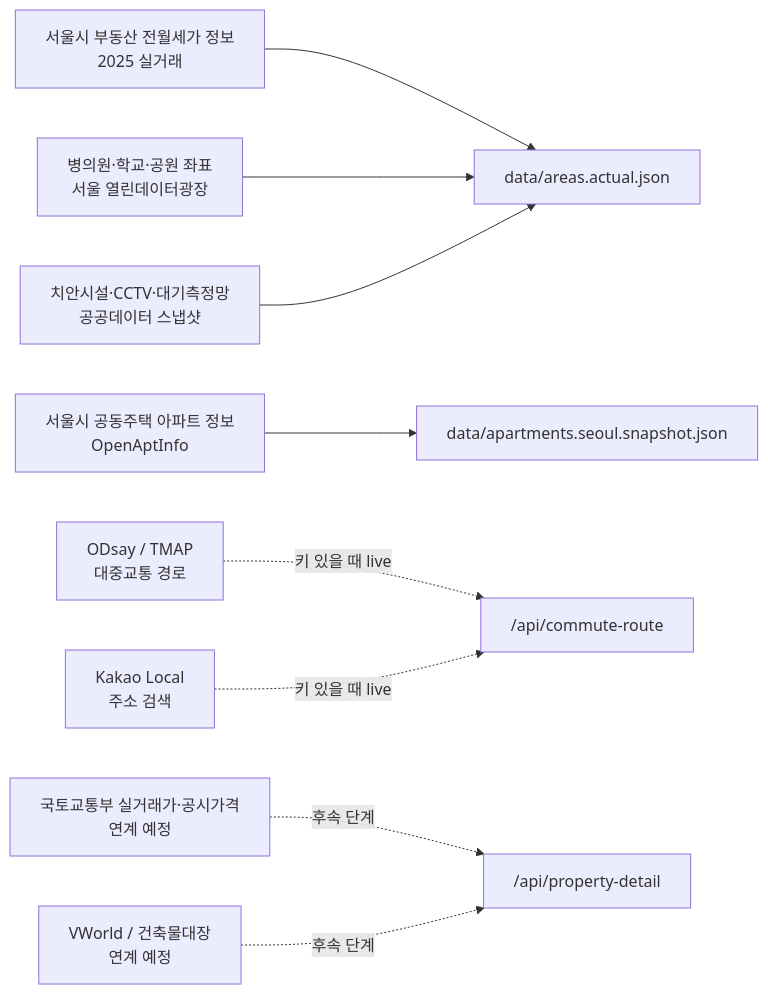
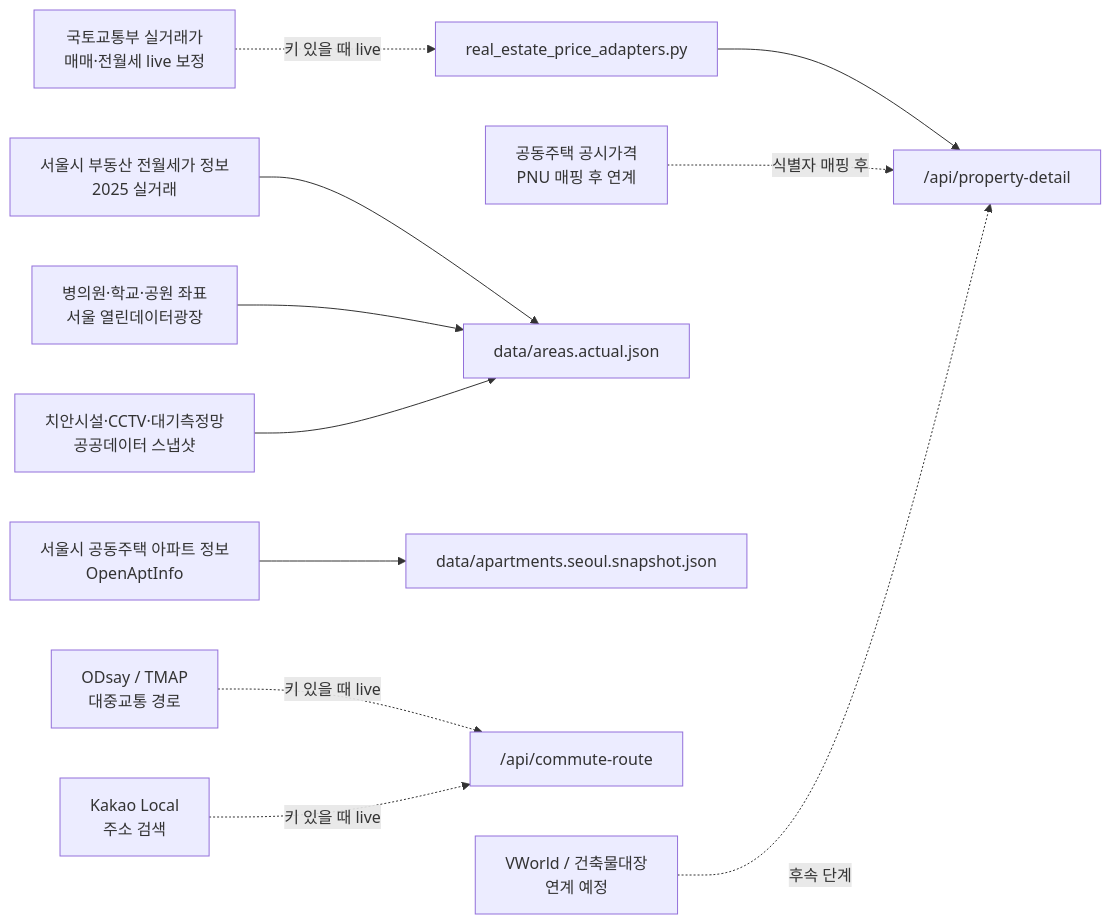
Before and after one commit to LSB-afk/-Future-Value-Level-up-Challenge-: the first of 7 diagrams in architecture/data-flow.md, drawn with Mermaid. The commit also changed other lines of this file and 22 other files, not shown here.

````diff
--- a/architecture/data-flow.md
+++ b/architecture/data-flow.md
@@ -7,20 +7,23 @@
 ```mermaid
 flowchart LR
     SeoulRent["서울시 부동산 전월세가 정보<br/>2025 실거래"]
     SeoulApt["서울시 공동주택 아파트 정보<br/>OpenAptInfo"]
     Soc["병의원·학교·공원 좌표<br/>서울 열린데이터광장"]
     Safety["치안시설·CCTV·대기측정망<br/>공공데이터 스냅샷"]
     RouteApi["ODsay / TMAP<br/>대중교통 경로"]
     Kakao["Kakao Local<br/>주소 검색"]
-    FutureMolit["국토교통부 실거래가·공시가격<br/>연계 예정"]
+    Molit["국토교통부 실거래가<br/>매매·전월세 live 보정"]
+    PublicPrice["공동주택 공시가격<br/>PNU 매핑 후 연계"]
     FutureVworld["VWorld / 건축물대장<br/>연계 예정"]
 
     SeoulRent --> Areas["data/areas.actual.json"]
     Soc --> Areas
     Safety --> Areas
     SeoulApt --> AptSnapshot["data/apartments.seoul.snapshot.json"]
     RouteApi -. "키 있을 때 live" .-> RuntimeRoute["/api/commute-route"]
     Kakao -. "키 있을 때 live" .-> RuntimeRoute
-    FutureMolit -. "후속 단계" .-> PropertyDetail["/api/property-detail"]
+    Molit -. "키 있을 때 live" .-> PriceAdapter["real_estate_price_adapters.py"]
+    PriceAdapter --> PropertyDetail["/api/property-detail"]
+    PublicPrice -. "식별자 매핑 후" .-> PropertyDetail
     FutureVworld -. "후속 단계" .-> PropertyDetail
 ```
````
